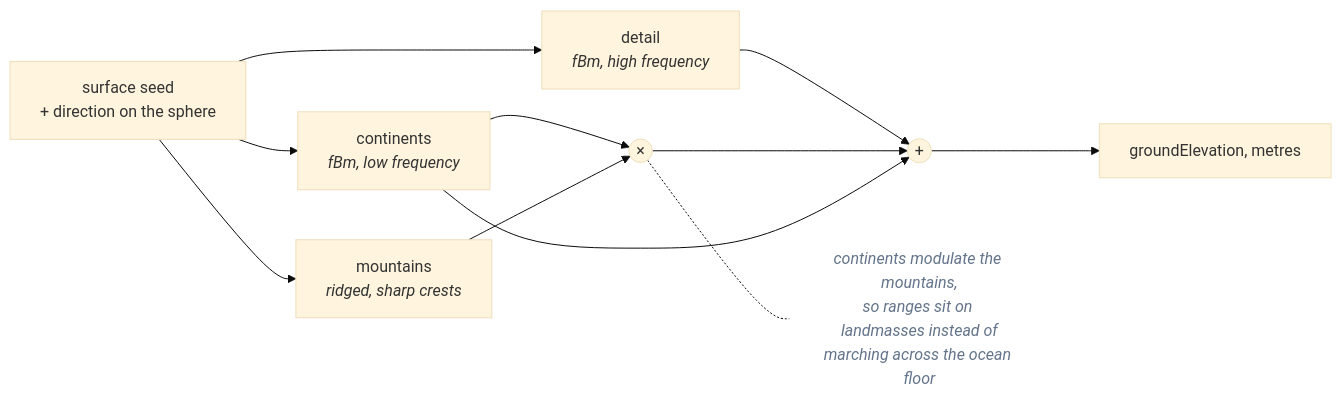
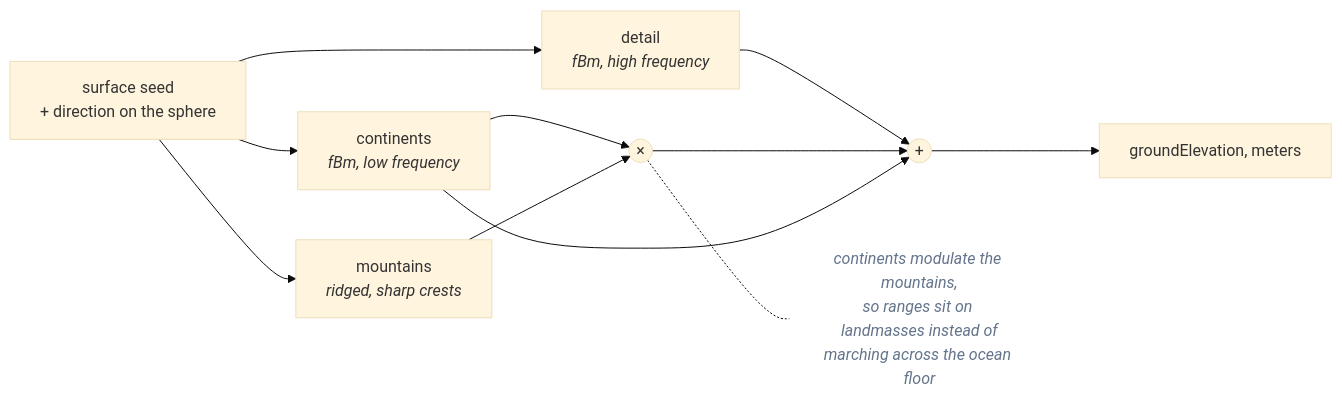
One commit to jonjaques/inertialref changed the third of 3 diagrams in docs/concepts/determinism.md. Above: the diagram before and after it, drawn with Mermaid (base theme). The commit also changed other lines of this file and 83 other files, not shown here.

````diff
--- a/docs/concepts/determinism.md
+++ b/docs/concepts/determinism.md
@@ -128,16 +128,16 @@
 ```mermaid
 flowchart LR
     IN["surface seed<br/>+ direction on the sphere"] --> N1["continents<br/><i>fBm, low frequency</i>"]
     IN --> N2["mountains<br/><i>ridged, sharp crests</i>"]
     IN --> N3["detail<br/><i>fBm, high frequency</i>"]
     N1 --> MIX(("×"))
     N2 --> MIX
     N3 --> SUM(("+"))
     MIX --> SUM
     N1 --> SUM
-    SUM --> OUT["groundElevation, metres"]
+    SUM --> OUT["groundElevation, meters"]
 
     MIX -.- NOTE["continents modulate the mountains,<br/>so ranges sit on landmasses instead of<br/>marching across the ocean floor"]
     classDef note fill:none,stroke:none,color:#64748b,font-style:italic
     class NOTE note
 ```
````
